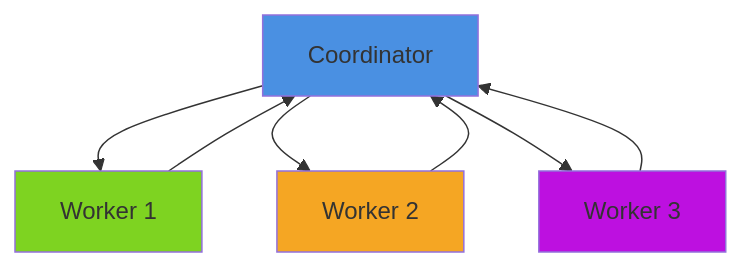
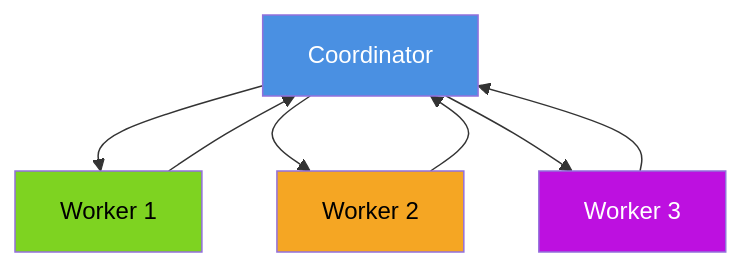
The first of 5 diagrams in lesson-2-multi-agent/tutorial-2/architecture/hierarchical-vs-peer.md (EideticPleroma/tutorials), drawn with Mermaid before and after one commit. The commit also changed other lines of this file and 7 other files, not shown here.

First line of the commit message:
docs: implement color contrast standards across all diagrams

````diff
--- a/lesson-2-multi-agent/tutorial-2/architecture/hierarchical-vs-peer.md
+++ b/lesson-2-multi-agent/tutorial-2/architecture/hierarchical-vs-peer.md
@@ -23,14 +23,14 @@
 ```mermaid
 graph TD
     C[Coordinator] --> W1[Worker 1]
     C --> W2[Worker 2]
     C --> W3[Worker 3]
     W1 --> C
     W2 --> C
     W3 --> C
     
-    style C fill:#4A90E2
-    style W1 fill:#7ED321
-    style W2 fill:#F5A623
-    style W3 fill:#BD10E0
+    style C fill:#4A90E2,color:#FFFFFF
+    style W1 fill:#7ED321,color:#000000
+    style W2 fill:#F5A623,color:#000000
+    style W3 fill:#BD10E0,color:#FFFFFF
 ```
````
